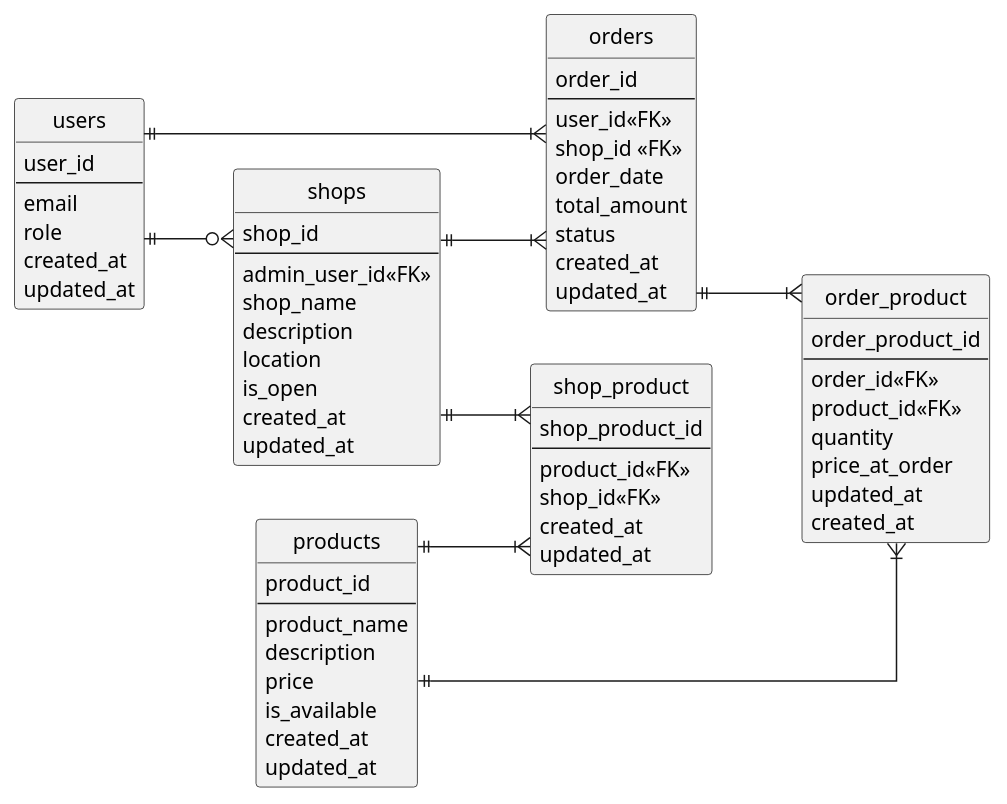
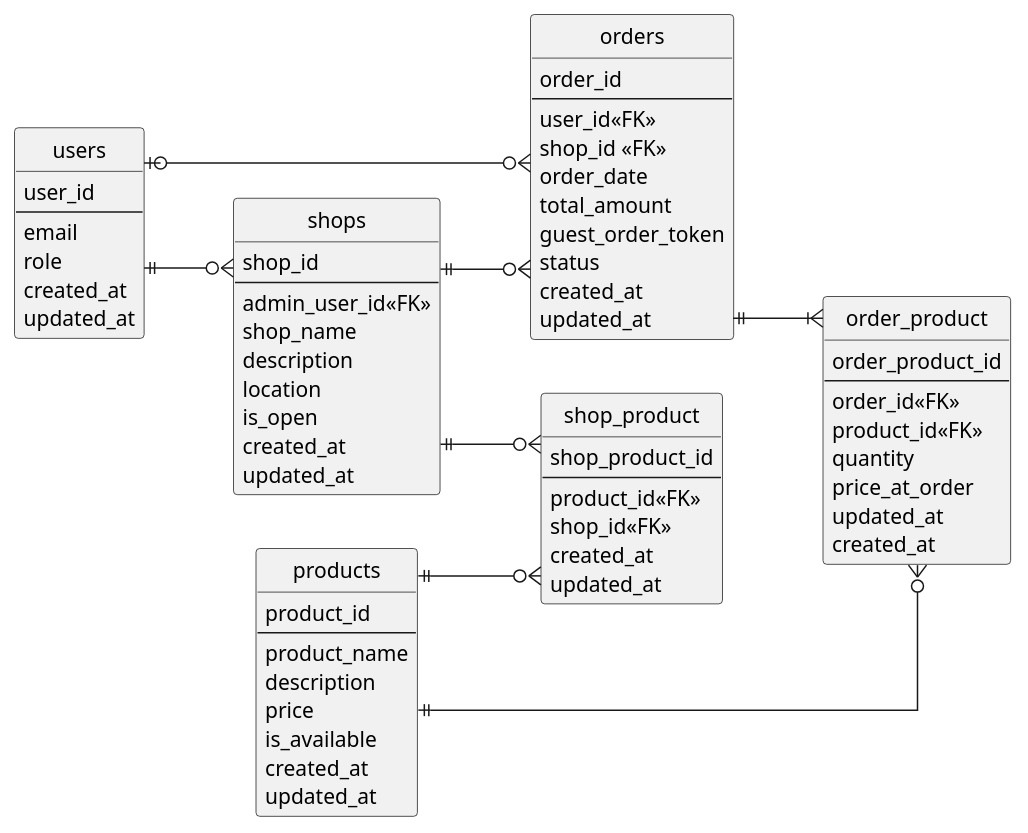
Before and after one commit to yamada-mikiya/A4-mobileorder: the diagram in backend/diagram.puml, drawn with PlantUML. The commit also changed 21 other files, not shown here.

```diff
--- a/backend/diagram.puml
+++ b/backend/diagram.puml
@@ -1,80 +1,82 @@
 @startuml mobileorder
 ' hide the spot
 hide circle
 
 ' avoid problems with angled crows feet
 skinparam linetype ortho
 left to right direction
 
 entity "users" as users {
   user_id
   --
   email
   role
   created_at
   updated_at
 }
 
 entity "orders" as orders {
   order_id
   --
   user_id<<FK>>
   shop_id <<FK>>
   order_date
   total_amount
+  guest_order_token
   status
   created_at
   updated_at
 }
 
 entity "order_product" as order_product {
   order_product_id
   --
   order_id<<FK>>
   product_id<<FK>>
   quantity
   price_at_order
   updated_at
   created_at
 }
 
 entity "products" as products {
   product_id
   --
   product_name
   description
   price
   is_available
   created_at
   updated_at
 }
 
 entity "shop_product" as shop_product {
   shop_product_id
   --
   product_id<<FK>>
   shop_id<<FK>>
   created_at
   updated_at
 }
 
 entity "shops" as shops {
   shop_id
   --
   admin_user_id<<FK>>
   shop_name
   description
   location
   is_open
   created_at
   updated_at
 }
 
 users ||--o{ shops
-users ||--|{ orders
+users |o--o{ orders
 orders ||--|{ order_product
-products ||--|{ order_product
-products ||--|{ shop_product
-shops ||--|{ shop_product
-shops ||--|{ orders
+products ||--o{ order_product
+products ||--o{ shop_product
+shops ||--o{ shop_product
+shops ||--o{ orders
+
 @enduml
```
